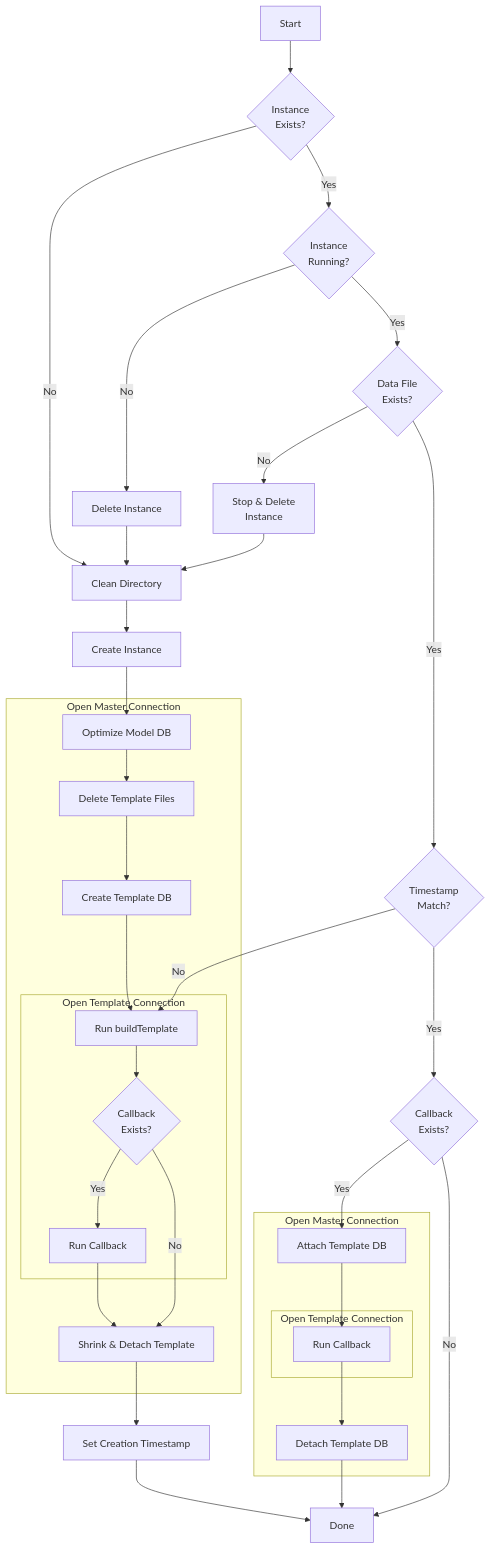
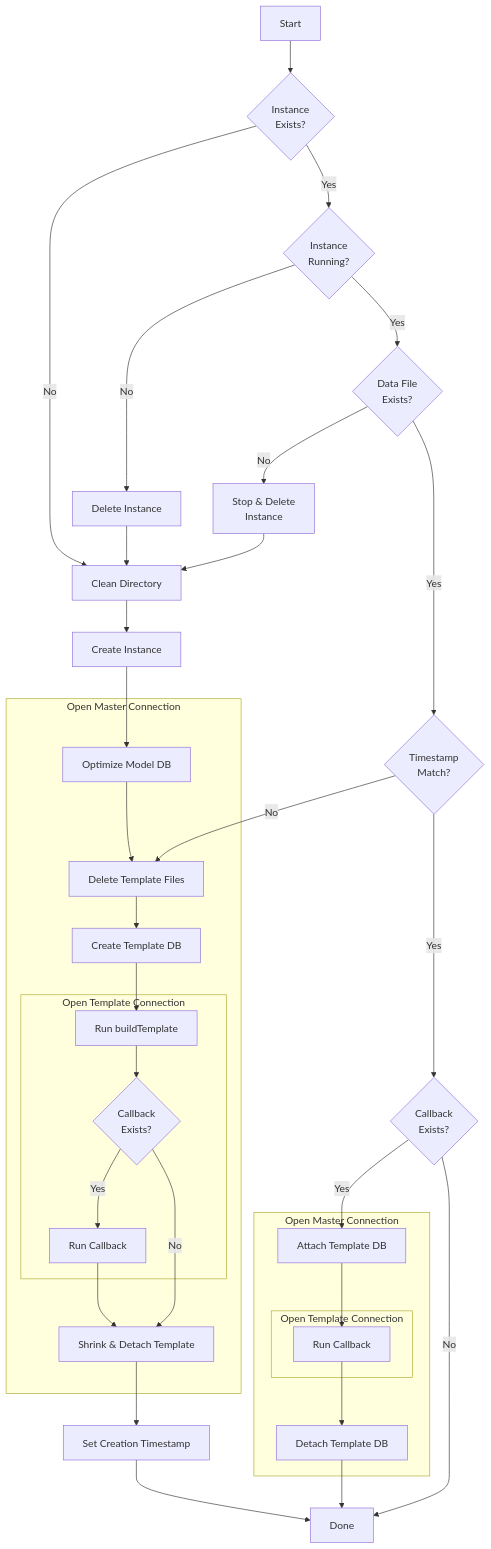
Before and after one commit to SimonCropp/LocalDb: the second of 3 diagrams in docs/mdsource/workflow.md, drawn with Mermaid.

````diff
--- a/docs/mdsource/workflow.md
+++ b/docs/mdsource/workflow.md
@@ -49,75 +49,75 @@
 ```mermaid
 flowchart TD
 
     start[Start]
     checkExists{Instance<br>Exists?}
     checkRunning{Instance<br>Running?}
     deleteInstance[Delete Instance]
     checkDataFile{Data File<br>Exists?}
     stopAndDelete[Stop & Delete<br>Instance]
     cleanDir[Clean Directory]
     checkTimestamp{Timestamp<br>Match?}
     checkCallback{Callback<br>Exists?}
     createInstance[Create Instance]
 
     subgraph openMasterForNewBox[Open Master Connection]
         optimizeModel[Optimize Model DB]
         deleteFiles[Delete Template Files]
         createTemplateDb[Create Template DB]
         subgraph openTemplateForNewBox[Open Template Connection]
             runBuildTemplate[Run buildTemplate]
             checkCallbackAfterBuild{Callback<br>Exists?}
             runCallbackAfterBuild[Run Callback]
         end
         detachShrink[Shrink & Detach Template]
     end
     setTimestamp[Set Creation Timestamp]
 
     subgraph openMasterForExistingBox[Open Master Connection]
         attachTemplate[Attach Template DB]
         subgraph openTemplateForExistingBox[Open Template Connection]
             runCallback[Run Callback]
         end
         detachTemplate[Detach Template DB]
     end
 
 
     done[Done]
 
     start --> checkExists
 
     checkExists -->|No| cleanDir
     checkExists -->|Yes| checkRunning
 
     checkRunning -->|No| deleteInstance
     deleteInstance --> cleanDir
 
     checkRunning -->|Yes| checkDataFile
 
     checkDataFile -->|No| stopAndDelete
     stopAndDelete --> cleanDir
 
     checkDataFile -->|Yes| checkTimestamp
 
-    checkTimestamp -->|No| runBuildTemplate
+    checkTimestamp -->|No| deleteFiles
 
     checkTimestamp -->|Yes| checkCallback
     cleanDir --> createInstance
     createInstance --> optimizeModel
     optimizeModel --> deleteFiles
     deleteFiles --> createTemplateDb
     createTemplateDb --> runBuildTemplate
     runBuildTemplate --> checkCallbackAfterBuild
     checkCallbackAfterBuild -->|Yes| runCallbackAfterBuild
     checkCallbackAfterBuild -->|No| detachShrink
     runCallbackAfterBuild --> detachShrink
     detachShrink --> setTimestamp
 
     checkCallback -->|Yes| attachTemplate
     attachTemplate --> runCallback
     runCallback --> detachTemplate
 
     checkCallback -->|No| done
     detachTemplate --> done
     setTimestamp --> done
 ```
````
